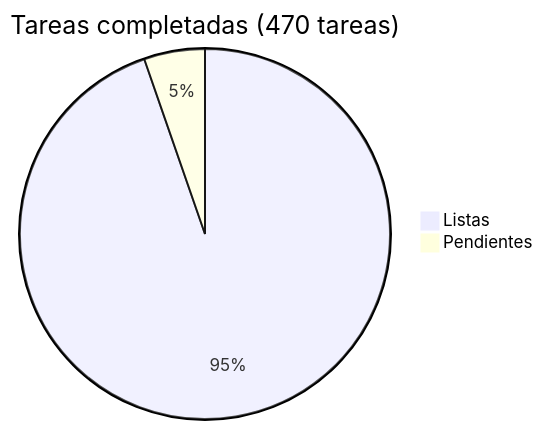
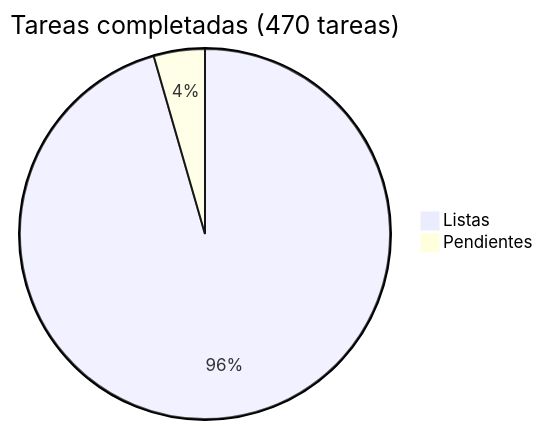
Before and after one commit to araguaney-lat/araguaney: the diagram in docs/roadmap/README.md, drawn with Mermaid. The commit also changed other lines of this file and 10 other files, not shown here.

````diff
--- a/docs/roadmap/README.md
+++ b/docs/roadmap/README.md
@@ -5,5 +5,5 @@
 ```mermaid
 pie title Tareas completadas (470 tareas)
-    "Listas" : 445
-    "Pendientes" : 25
+    "Listas" : 449
+    "Pendientes" : 21
 ```
````
